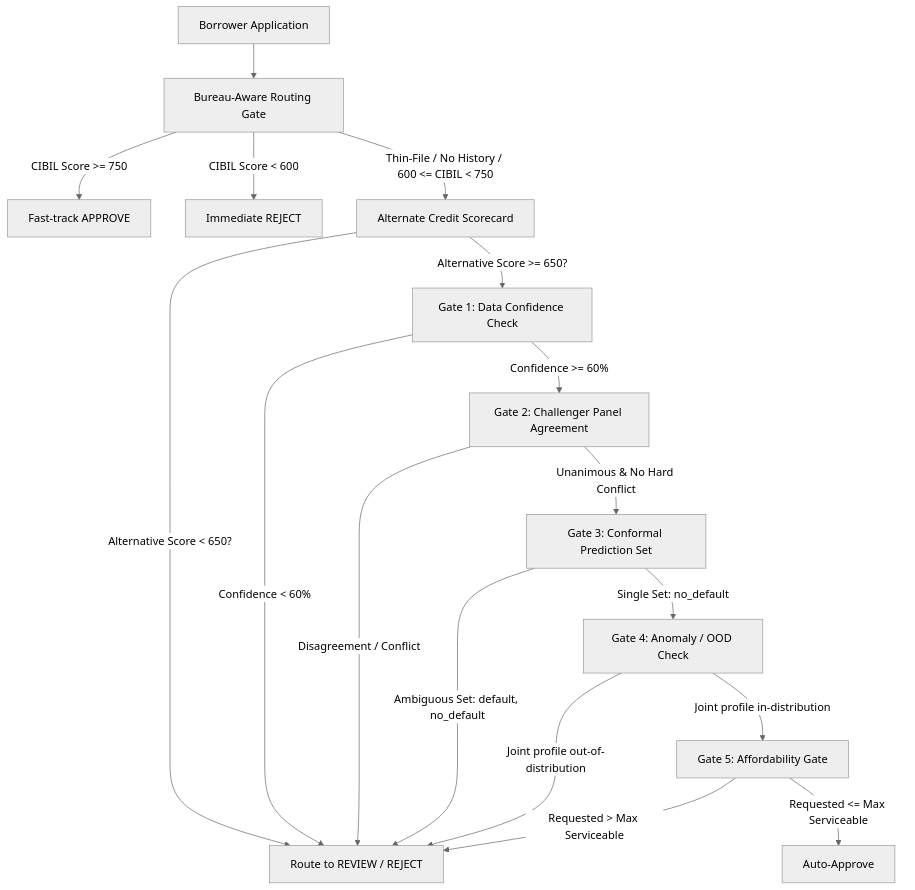
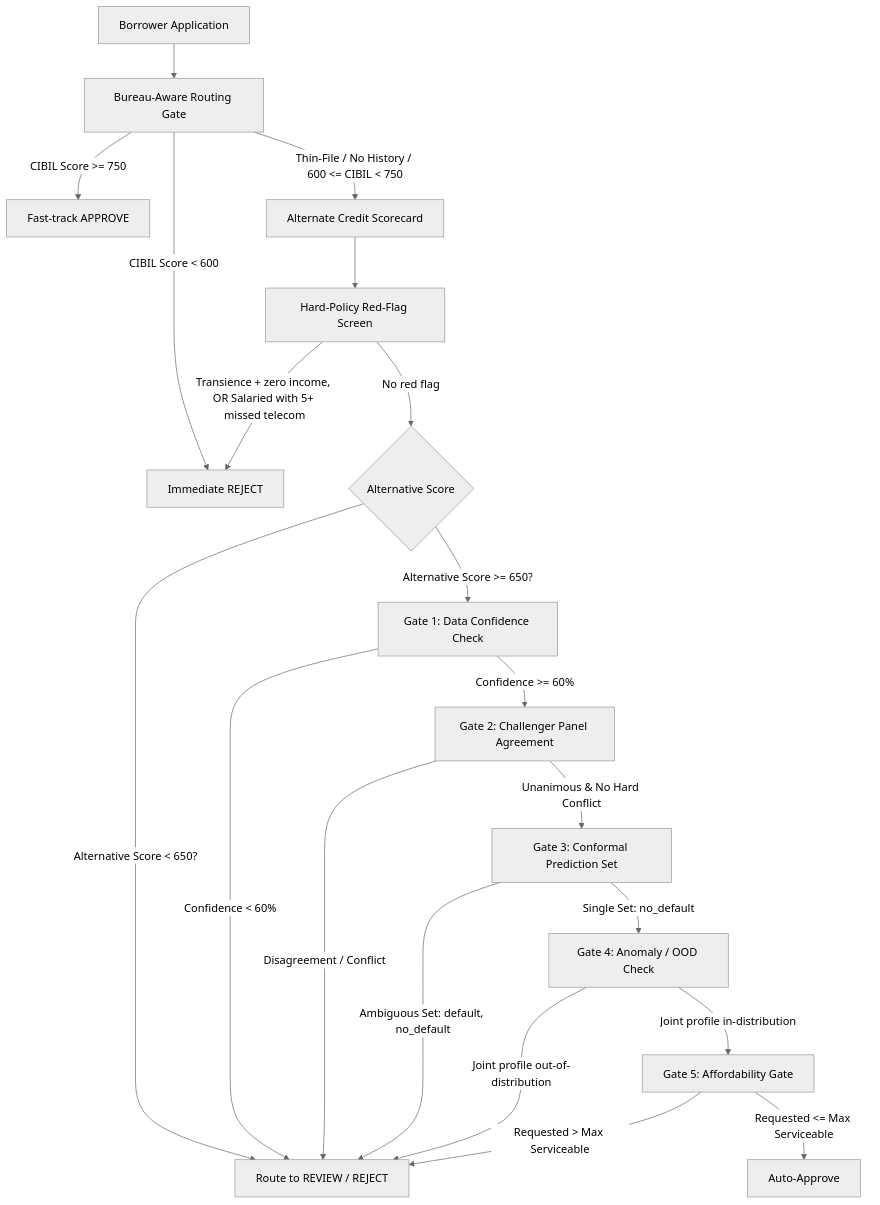
One commit to Sonil15/alt-credit-engine changed the diagram in README.md. Above: the diagram before and after it, drawn with Mermaid (neutral theme). The commit also changed other lines of this file, not shown here.

First line of the commit message:
Document hard-policy red-flag screen in README decision architecture

````diff
--- a/README.md
+++ b/README.md
@@ -198,25 +198,28 @@
 ```mermaid
 graph TD
     Start[Borrower Application] --> Bureau[Bureau-Aware Routing Gate]
     Bureau -->|CIBIL Score >= 750| Approve[Fast-track APPROVE]
     Bureau -->|CIBIL Score < 600| Reject[Immediate REJECT]
     Bureau -->|Thin-File / No History / 600 <= CIBIL < 750| AltCredit[Alternate Credit Scorecard]
     
-    AltCredit -->|Alternative Score >= 650?| Gate1[Gate 1: Data Confidence Check]
-    AltCredit -->|Alternative Score < 650?| Review[Route to REVIEW / REJECT]
+    AltCredit --> RedFlag[Hard-Policy Red-Flag Screen]
+    RedFlag -->|Transience + zero income, OR Salaried with 5+ missed telecom| Reject
+    RedFlag -->|No red flag| Score{Alternative Score}
+    Score -->|Alternative Score >= 650?| Gate1[Gate 1: Data Confidence Check]
+    Score -->|Alternative Score < 650?| Review[Route to REVIEW / REJECT]
     
     Gate1 -->|Confidence >= 60%| Gate2[Gate 2: Challenger Panel Agreement]
     Gate1 -->|Confidence < 60%| Review
     
     Gate2 -->|Unanimous & No Hard Conflict| Gate3[Gate 3: Conformal Prediction Set]
     Gate2 -->|Disagreement / Conflict| Review
     
     Gate3 -->|Ambiguous Set: default, no_default| Review
     Gate3 -->|Single Set: no_default| Gate4[Gate 4: Anomaly / OOD Check]
     
     Gate4 -->|Joint profile in-distribution| Gate5[Gate 5: Affordability Gate]
     Gate4 -->|Joint profile out-of-distribution| Review
     
     Gate5 -->|Requested <= Max Serviceable| AutoApprove[Auto-Approve]
     Gate5 -->|Requested > Max Serviceable| Review
 ```
````
